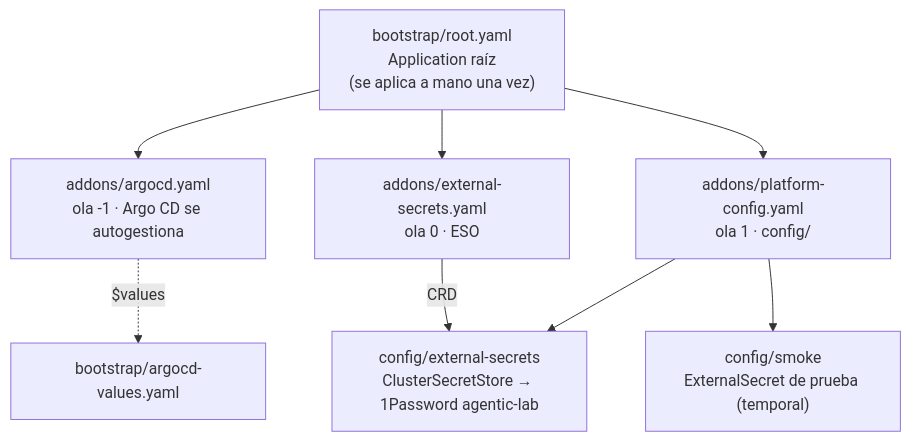
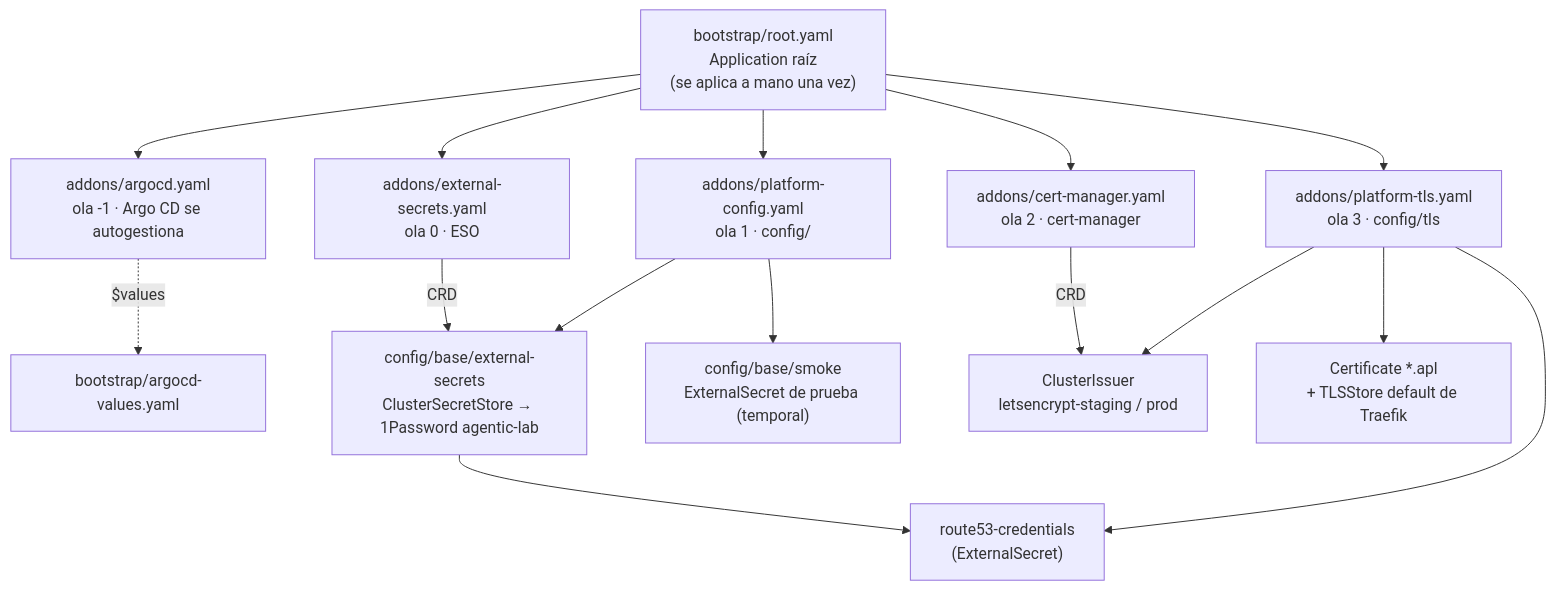
Before and after one commit to elpalmeral-org/platform-gitops: the diagram in README.md, drawn with Mermaid. The commit also changed other lines of this file and 9 other files, not shown here.

Commit message:
feat(tls): cert-manager, ClusterIssuer Let's Encrypt (DNS-01 Route 53) y comodín *.apl en staging (#1)

````diff
--- a/README.md
+++ b/README.md
@@ -9,11 +9,18 @@
 ```mermaid
 flowchart TD
     ROOT["bootstrap/root.yaml<br/>Application raíz<br/>(se aplica a mano una vez)"]
     ROOT --> A["addons/argocd.yaml<br/>ola -1 · Argo CD se autogestiona"]
     ROOT --> E["addons/external-secrets.yaml<br/>ola 0 · ESO"]
     ROOT --> C["addons/platform-config.yaml<br/>ola 1 · config/"]
     A -.->|"$values"| V["bootstrap/argocd-values.yaml"]
-    C --> CSS["config/external-secrets<br/>ClusterSecretStore → 1Password agentic-lab"]
-    C --> SM["config/smoke<br/>ExternalSecret de prueba (temporal)"]
+    ROOT --> CM["addons/cert-manager.yaml<br/>ola 2 · cert-manager"]
+    ROOT --> T["addons/platform-tls.yaml<br/>ola 3 · config/tls"]
+    C --> CSS["config/base/external-secrets<br/>ClusterSecretStore → 1Password agentic-lab"]
+    C --> SM["config/base/smoke<br/>ExternalSecret de prueba (temporal)"]
     E -->|CRD| CSS
+    T --> R53["route53-credentials<br/>(ExternalSecret)"]
+    T --> ISS["ClusterIssuer<br/>letsencrypt-staging / prod"]
+    T --> CERT["Certificate *.apl<br/>+ TLSStore default de Traefik"]
+    CSS --> R53
+    CM -->|CRD| ISS
 ```
````
